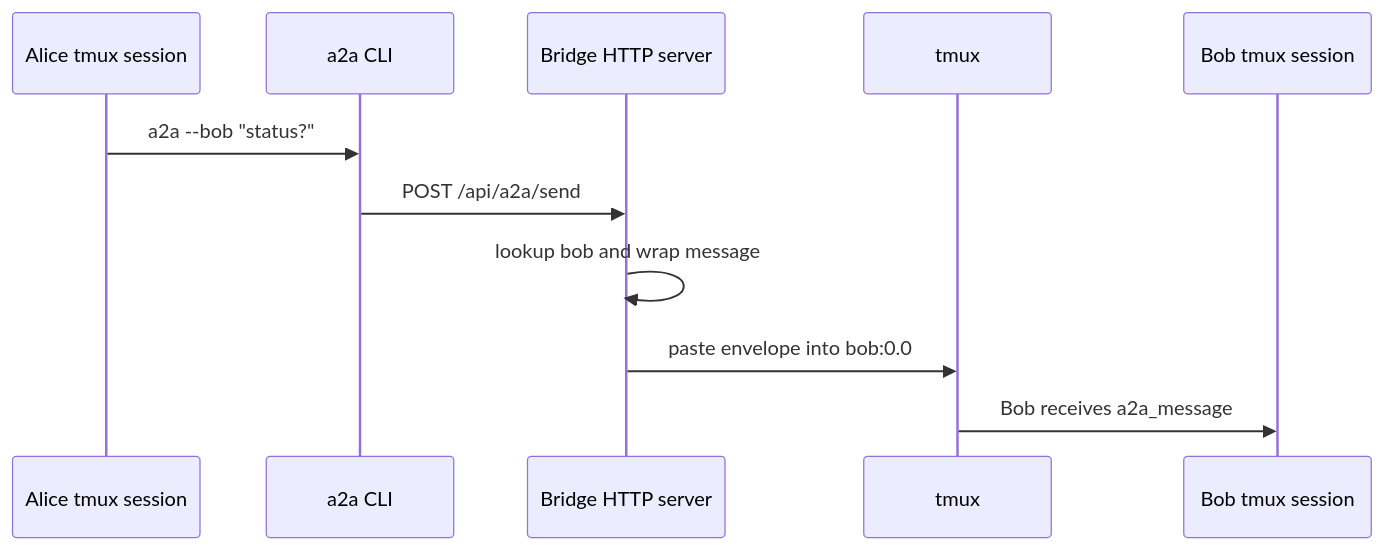
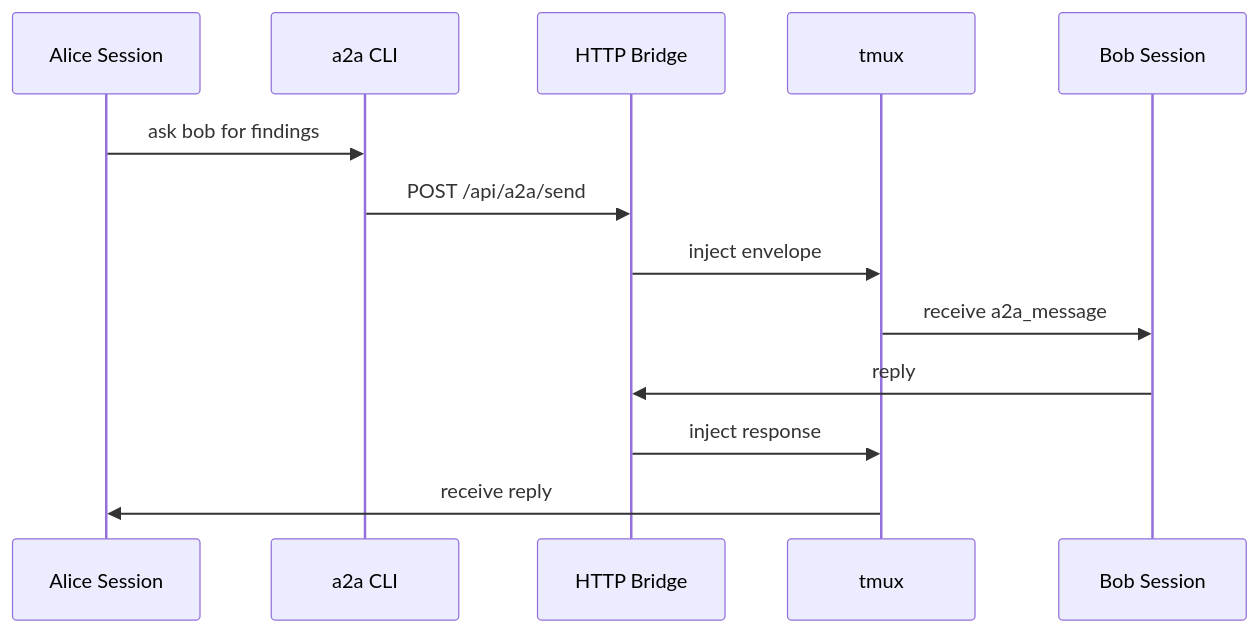
One commit to MauricioAndrades/a2a changed the diagram in README.md. Above: the diagram before and after it, drawn with Mermaid. The commit also changed other lines of this file and 15 other files, not shown here.

````diff
--- a/README.md
+++ b/README.md
@@ -37,14 +337,16 @@
 ```mermaid
 sequenceDiagram
-    participant A as Alice tmux session
+    participant Alice as Alice Session
     participant CLI as a2a CLI
-    participant B as Bridge HTTP server
-    participant T as tmux
-    participant R as Bob tmux session
+    participant Bridge as HTTP Bridge
+    participant tmux as tmux
+    participant Bob as Bob Session
 
-    A->>CLI: a2a --bob "status?"
-    CLI->>B: POST /api/a2a/send
-    B->>B: lookup bob and wrap message
-    B->>T: paste envelope into bob:0.0
-    T->>R: Bob receives a2a_message
+    Alice->>CLI: ask bob for findings
+    CLI->>Bridge: POST /api/a2a/send
+    Bridge->>tmux: inject envelope
+    tmux->>Bob: receive a2a_message
+    Bob->>Bridge: reply
+    Bridge->>tmux: inject response
+    tmux->>Alice: receive reply
 ```
````
